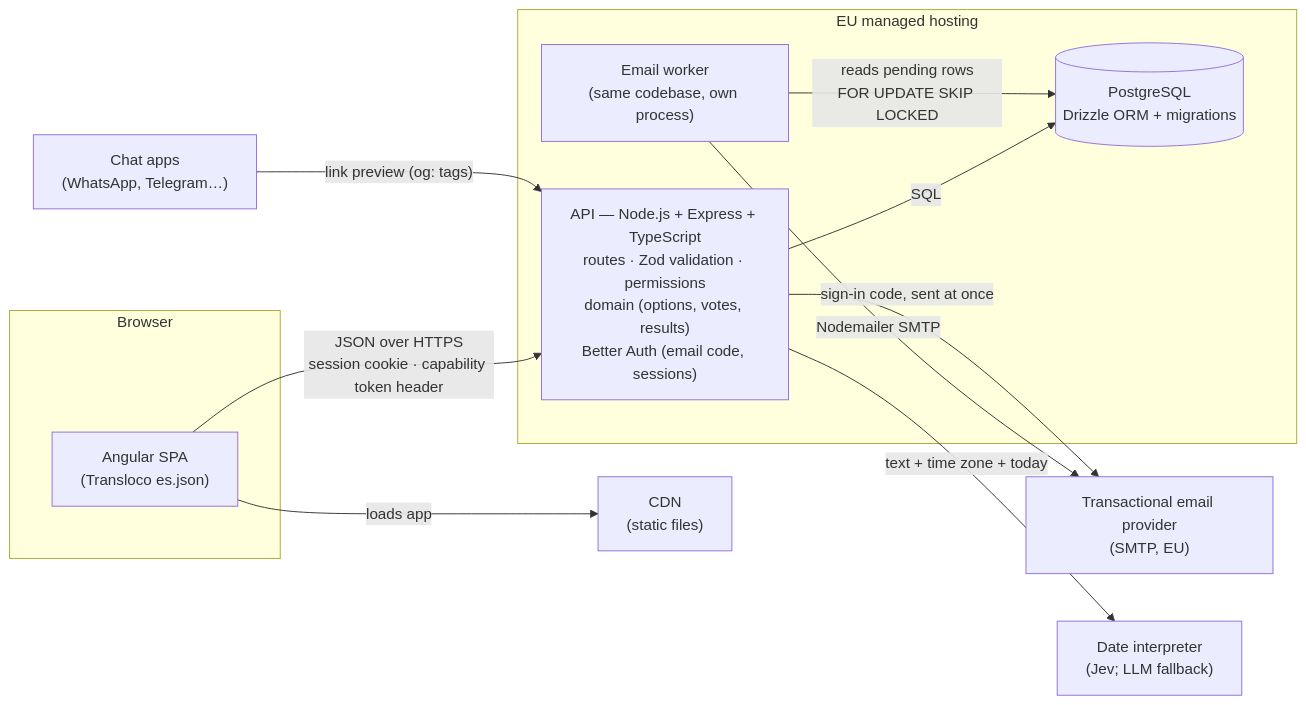
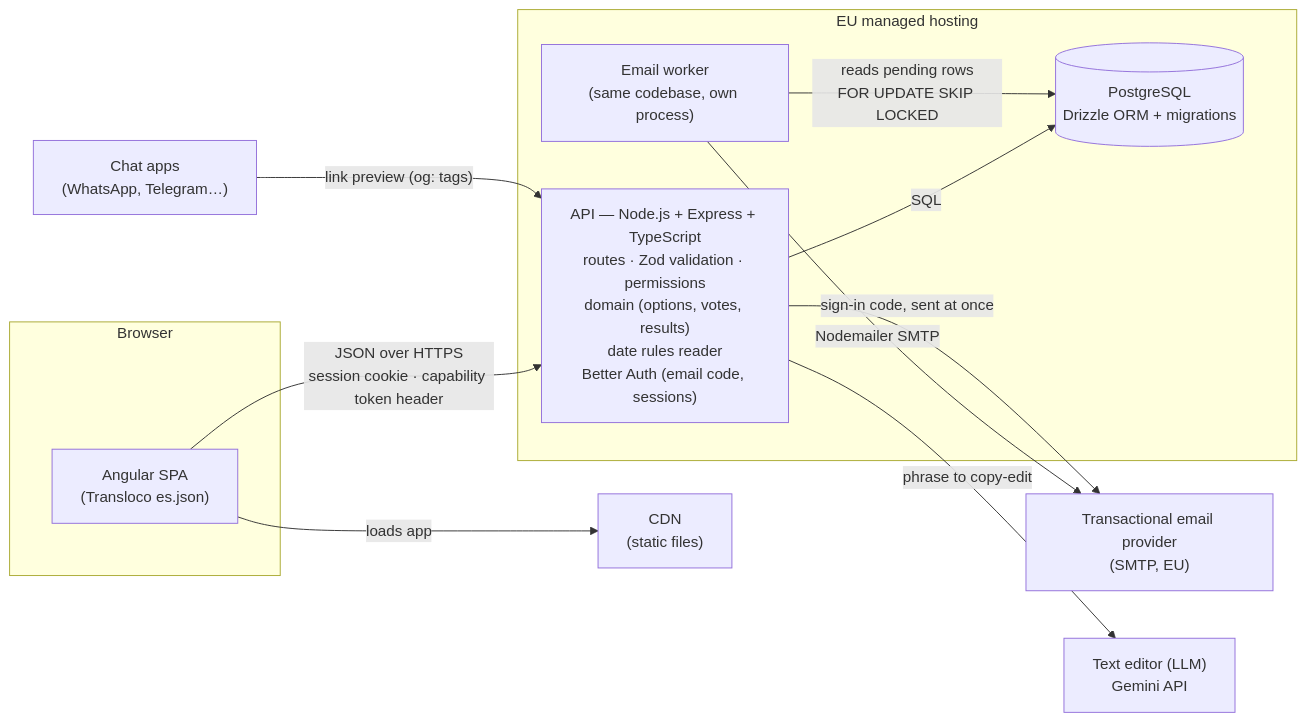
The first of 4 diagrams in docs/diagrams.md (pietrodags/qando-app), drawn with Mermaid before and after one commit. The commit also changed other lines of this file and 5 other files, not shown here.

````diff
--- a/docs/diagrams.md
+++ b/docs/diagrams.md
@@ -12,24 +12,24 @@
 ```mermaid
 flowchart LR
   subgraph Browser
     spa["Angular SPA<br/>(Transloco es.json)"]
   end
   cdn["CDN<br/>(static files)"]
   subgraph EU["EU managed hosting"]
-    api["API — Node.js + Express + TypeScript<br/>routes · Zod validation · permissions<br/>domain (options, votes, results)<br/>Better Auth (email code, sessions)"]
+    api["API — Node.js + Express + TypeScript<br/>routes · Zod validation · permissions<br/>domain (options, votes, results)<br/>date rules reader<br/>Better Auth (email code, sessions)"]
     worker["Email worker<br/>(same codebase, own process)"]
     db[("PostgreSQL<br/>Drizzle ORM + migrations")]
   end
   smtp["Transactional email provider<br/>(SMTP, EU)"]
-  ai["Date interpreter<br/>(Jev; LLM fallback)"]
+  ai["Text editor (LLM)<br/>Gemini API"]
   chat["Chat apps<br/>(WhatsApp, Telegram…)"]
 
   spa -->|"loads app"| cdn
   spa -->|"JSON over HTTPS<br/>session cookie · capability token header"| api
   api -->|SQL| db
   worker -->|"reads pending rows<br/>FOR UPDATE SKIP LOCKED"| db
   worker -->|"Nodemailer SMTP"| smtp
   api -->|"sign-in code, sent at once"| smtp
-  api -->|"text + time zone + today"| ai
+  api -->|"phrase to copy-edit"| ai
   chat -->|"link preview (og: tags)"| api
 ```
````
